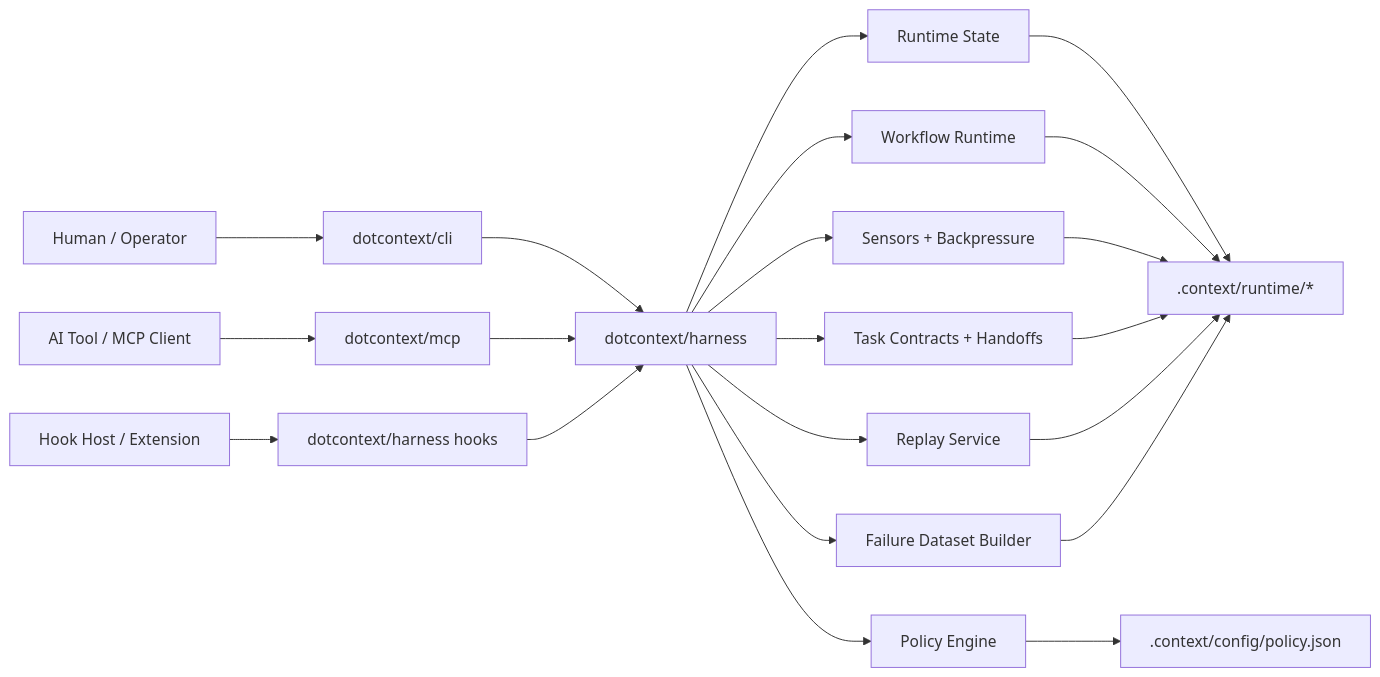
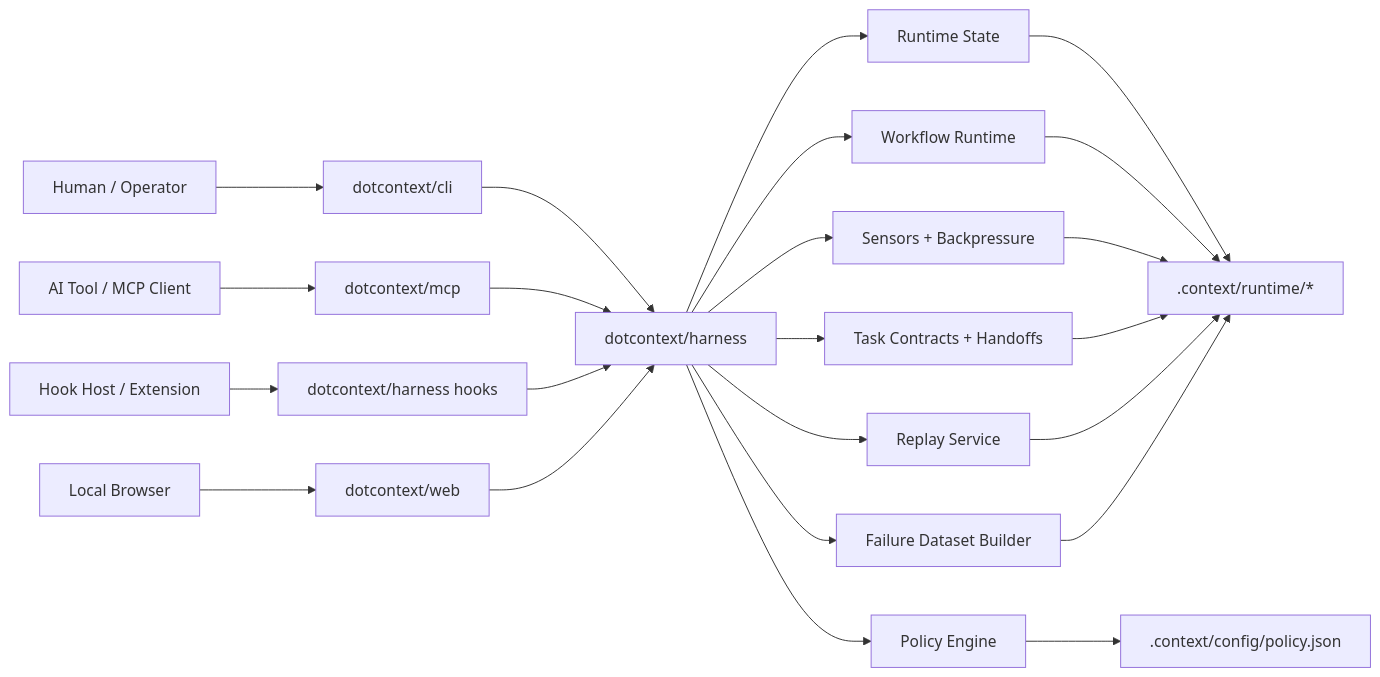
The first of 4 diagrams in ARCHITECTURE.md (vinilana/dotcontext), drawn with Mermaid before and after one commit. The commit also changed other lines of this file and 35 other files, not shown here.

````diff
--- a/ARCHITECTURE.md
+++ b/ARCHITECTURE.md
@@ -13,26 +14,28 @@
 ```mermaid
 flowchart LR
     User["Human / Operator"] --> CLI["dotcontext/cli"]
     AITool["AI Tool / MCP Client"] --> MCP["dotcontext/mcp"]
     HookHost["Hook Host / Extension"] --> Hooks["dotcontext/harness hooks"]
+    Browser["Local Browser"] --> Web["dotcontext/web"]
 
     CLI --> H["dotcontext/harness"]
     MCP --> H
     Hooks --> H
+    Web --> H
 
     H --> WF["Workflow Runtime"]
     H --> RS["Runtime State"]
     H --> QC["Sensors + Backpressure"]
     H --> TC["Task Contracts + Handoffs"]
     H --> PO["Policy Engine"]
     H --> RP["Replay Service"]
     H --> DS["Failure Dataset Builder"]
 
     RS --> Store[".context/runtime/*"]
     WF --> Store
     QC --> Store
     TC --> Store
     RP --> Store
     DS --> Store
     PO --> Policy[".context/config/policy.json"]
 ```
````
